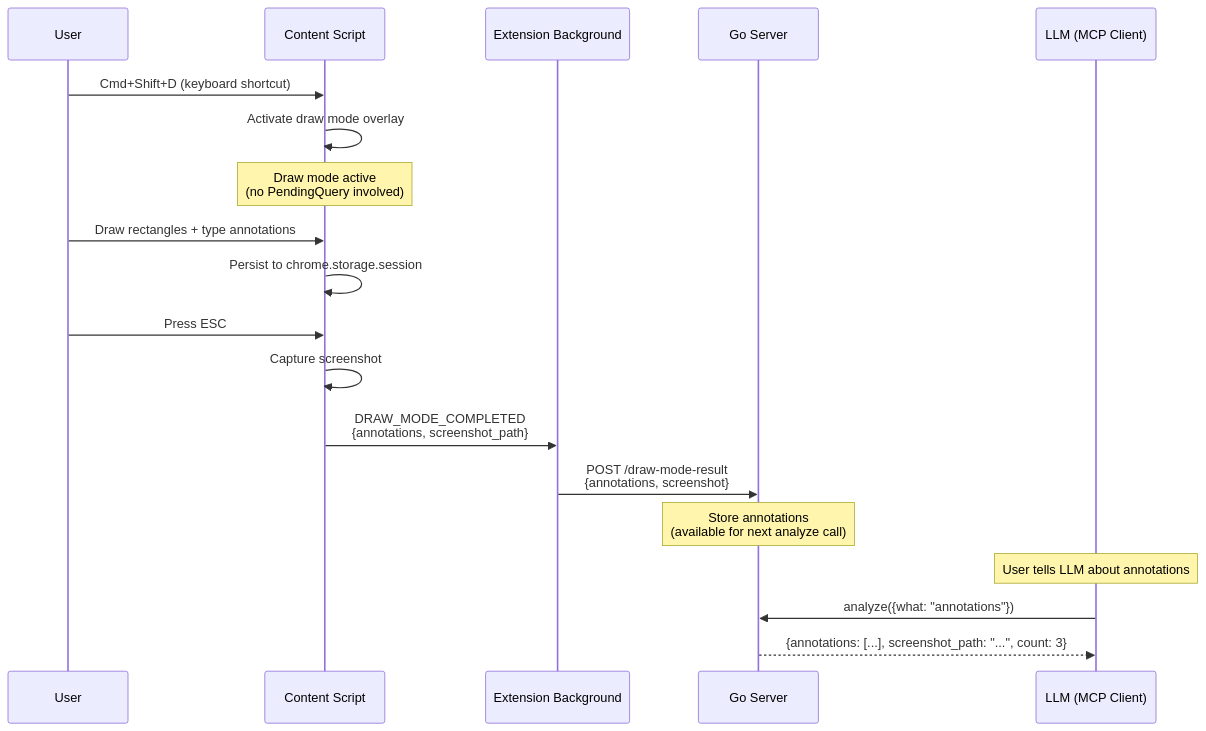
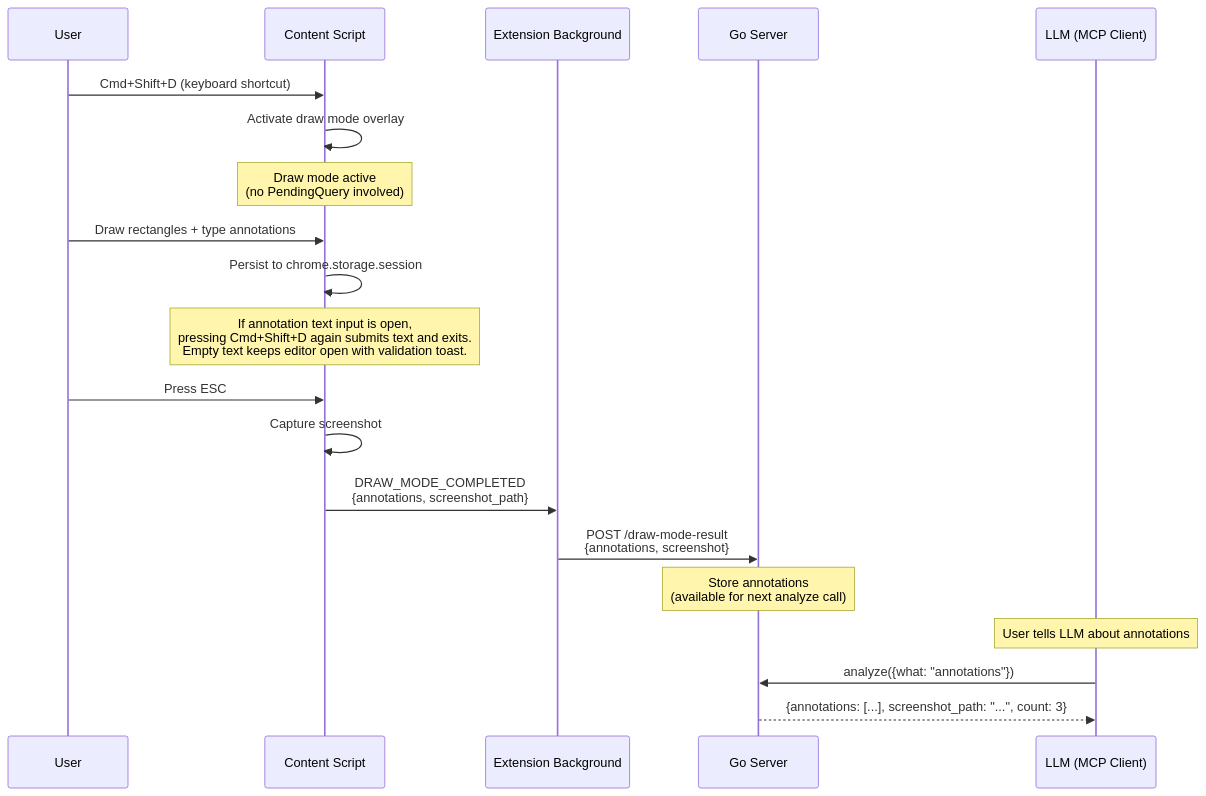
The second of 3 diagrams in docs/features/draw-mode/tech-spec.md (brennhill/gasoline-mcp-ai-devtools), drawn with Mermaid before and after one commit. The commit also changed other lines of this file and 77 other files, not shown here.

````diff
--- a/docs/features/draw-mode/tech-spec.md
+++ b/docs/features/draw-mode/tech-spec.md
@@ -104,26 +104,28 @@
 ```mermaid
 sequenceDiagram
     participant User as User
     participant CS as Content Script
     participant BG as Extension Background
     participant Server as Go Server
     participant LLM as LLM (MCP Client)
 
     User->>CS: Cmd+Shift+D (keyboard shortcut)
     CS->>CS: Activate draw mode overlay
     Note over CS: Draw mode active<br/>(no PendingQuery involved)
 
     User->>CS: Draw rectangles + type annotations
     CS->>CS: Persist to chrome.storage.session
 
+    Note over CS: If annotation text input is open,<br/>pressing Cmd+Shift+D again submits text and exits.<br/>Empty text keeps editor open with validation toast.
+
     User->>CS: Press ESC
     CS->>CS: Capture screenshot
     CS->>BG: DRAW_MODE_COMPLETED<br/>{annotations, screenshot_path}
     BG->>Server: POST /draw-mode-result<br/>{annotations, screenshot}
     Note over Server: Store annotations<br/>(available for next analyze call)
 
     Note over LLM: User tells LLM about annotations
 
     LLM->>Server: analyze({what: "annotations"})
     Server-->>LLM: {annotations: [...], screenshot_path: "...", count: 3}
 ```
````
